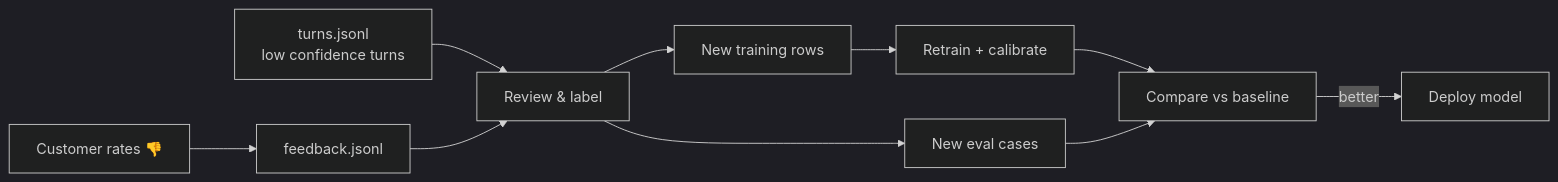
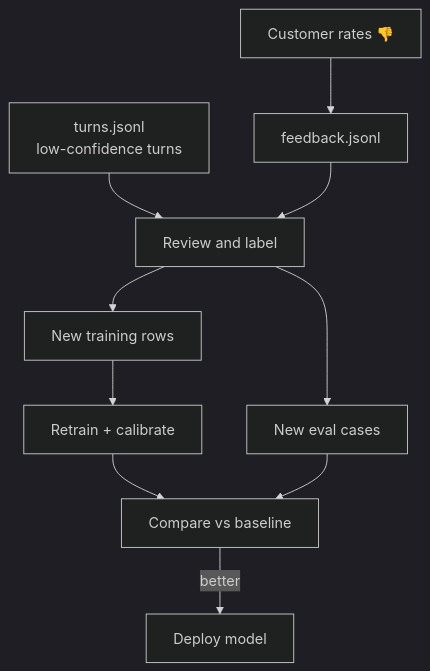
Before and after one commit to Anushka-v24/ecommerce-customer-support-assistant: diagram 16 of 38 in docs/ENHANCEMENT_REPORT.md, drawn with Mermaid (dark theme). The commit also changed other lines of this file and 5 other files, not shown here.

````diff
--- a/docs/ENHANCEMENT_REPORT.md
+++ b/docs/ENHANCEMENT_REPORT.md
@@ -432,12 +673,12 @@
 ```mermaid
-flowchart LR
+flowchart TD
     A[Customer rates 👎] --> B[feedback.jsonl]
-    T[turns.jsonl<br/>low confidence turns] --> C[Review & label]
+    T[turns.jsonl<br/>low-confidence turns] --> C[Review and label]
     B --> C
     C --> D[New eval cases]
     C --> E[New training rows]
     E --> F[Retrain + calibrate]
     F --> G[Compare vs baseline]
     D --> G
     G -->|better| H[Deploy model]
 ```
````
